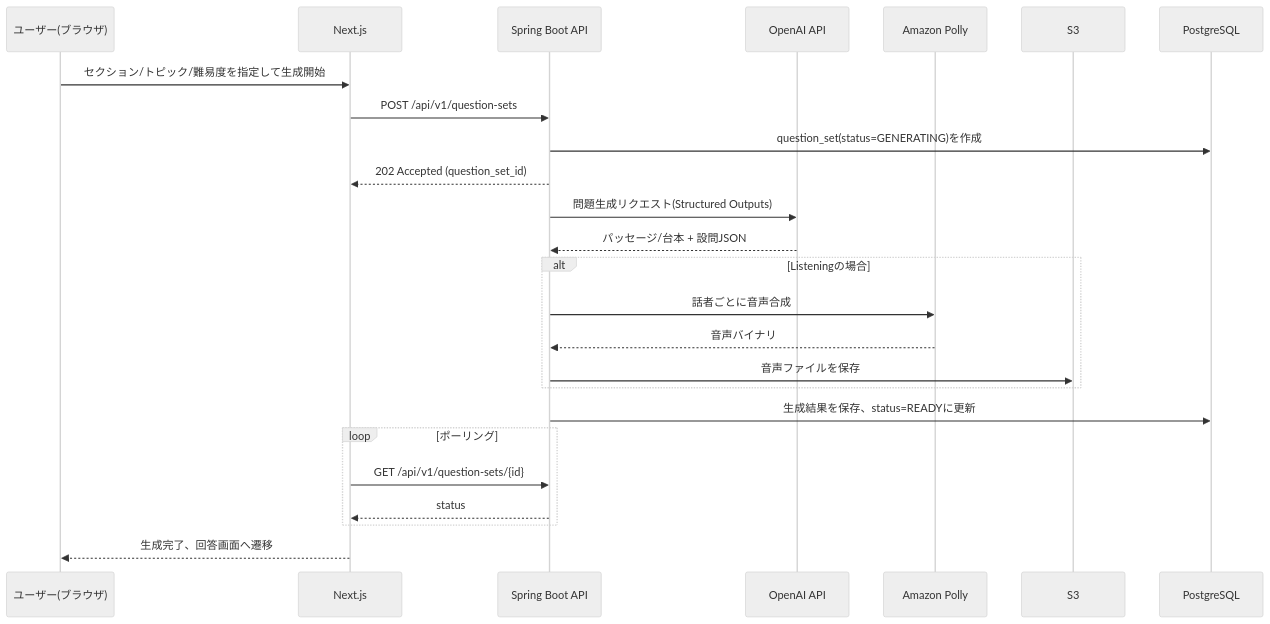
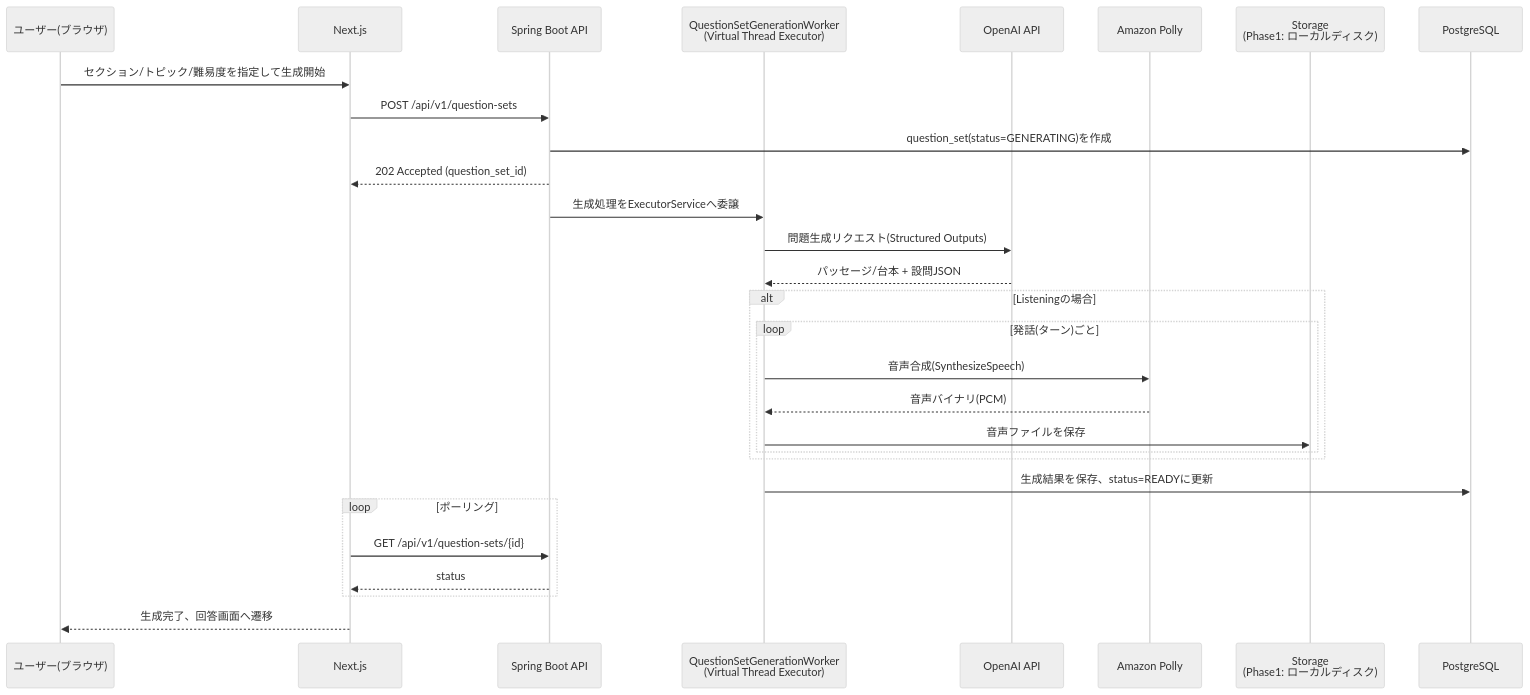
The diagram in docs/API設計書/POST_question-sets.md (h-fujiwara-dev/ielts-creater-backend), drawn with Mermaid (neutral theme) before and after one commit. The commit also changed other lines of this file and 205 other files, not shown here.

````diff
--- a/docs/API設計書/POST_question-sets.md
+++ b/docs/API設計書/POST_question-sets.md
@@ -30,28 +40,32 @@
 ```mermaid
 sequenceDiagram
     participant U as ユーザー(ブラウザ)
     participant Web as Next.js
     participant Api as Spring Boot API
+    participant Worker as QuestionSetGenerationWorker<br/>(Virtual Thread Executor)
     participant AI as OpenAI API
     participant Polly as Amazon Polly
-    participant S3 as S3
+    participant Storage as Storage<br/>(Phase1: ローカルディスク)
     participant DB as PostgreSQL
 
     U->>Web: セクション/トピック/難易度を指定して生成開始
     Web->>Api: POST /api/v1/question-sets
     Api->>DB: question_set(status=GENERATING)を作成
     Api-->>Web: 202 Accepted (question_set_id)
-    Api->>AI: 問題生成リクエスト(Structured Outputs)
-    AI-->>Api: パッセージ/台本 + 設問JSON
+    Api->>Worker: 生成処理をExecutorServiceへ委譲
+    Worker->>AI: 問題生成リクエスト(Structured Outputs)
+    AI-->>Worker: パッセージ/台本 + 設問JSON
     alt Listeningの場合
-        Api->>Polly: 話者ごとに音声合成
-        Polly-->>Api: 音声バイナリ
-        Api->>S3: 音声ファイルを保存
+        loop 発話(ターン)ごと
+            Worker->>Polly: 音声合成(SynthesizeSpeech)
+            Polly-->>Worker: 音声バイナリ(PCM)
+            Worker->>Storage: 音声ファイルを保存
+        end
     end
-    Api->>DB: 生成結果を保存、status=READYに更新
+    Worker->>DB: 生成結果を保存、status=READYに更新
     loop ポーリング
         Web->>Api: GET /api/v1/question-sets/{id}
         Api-->>Web: status
     end
     Web-->>U: 生成完了、回答画面へ遷移
 ```
````
